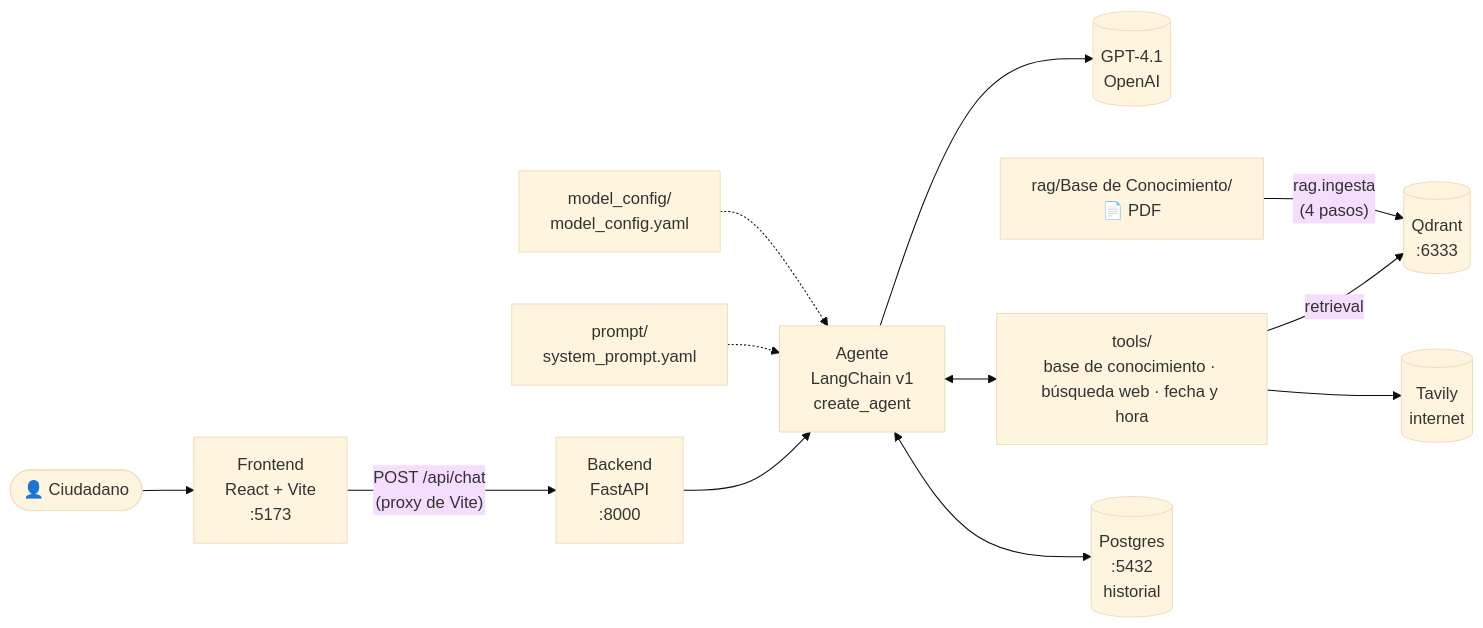
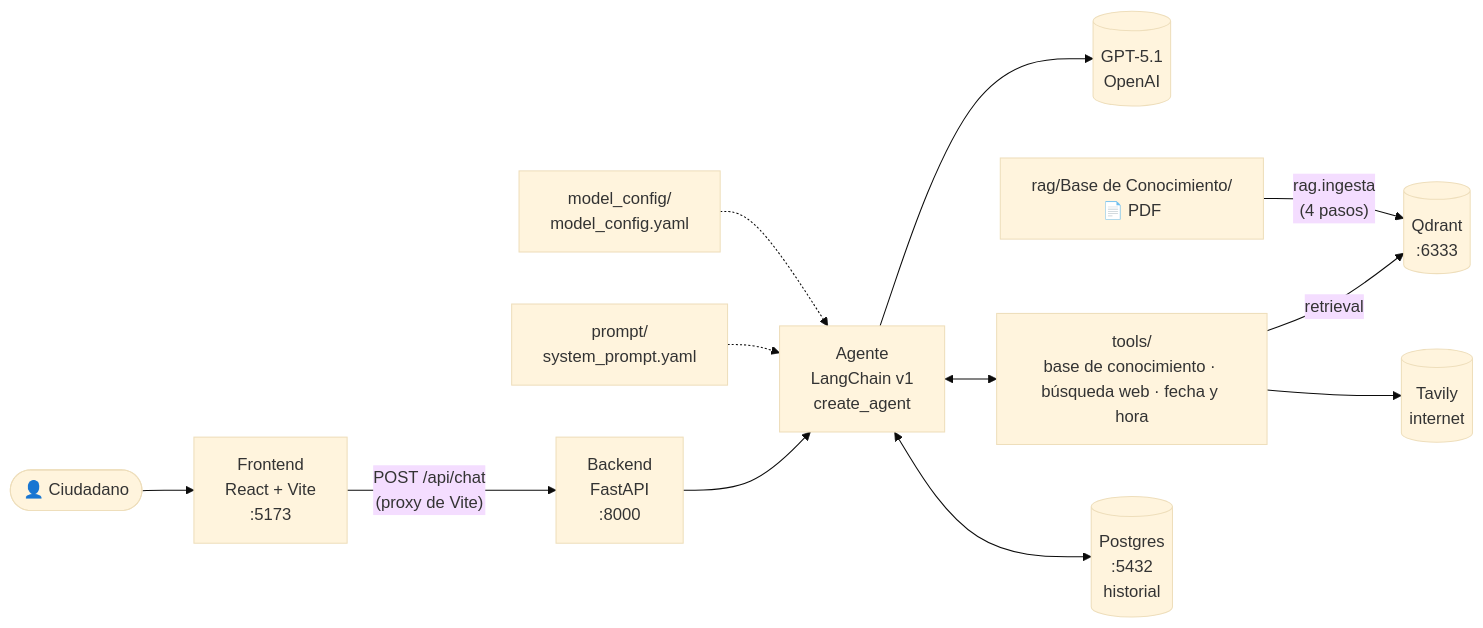
The diagram in README.md (KevinInoCol/DP-Workshop---Vibe-Coding-desde-Cero---Construye-tu-Primera-App-IA), drawn with Mermaid (base theme) before and after one commit. The commit also changed other lines of this file and 1 other file, not shown here.

First line of the commit message:
Cambia el modelo del agente a GPT-5.1

````diff
--- a/README.md
+++ b/README.md
@@ -32,14 +32,14 @@
 ```mermaid
 flowchart LR
     U([👤 Ciudadano]) --> F["Frontend<br/>React + Vite<br/>:5173"]
     F -- "POST /api/chat<br/>(proxy de Vite)" --> B["Backend<br/>FastAPI<br/>:8000"]
     B --> A["Agente<br/>LangChain v1<br/>create_agent"]
-    A --> M[("GPT-4.1<br/>OpenAI")]
+    A --> M[("GPT-5.1<br/>OpenAI")]
     P["prompt/<br/>system_prompt.yaml"] -.-> A
     C["model_config/<br/>model_config.yaml"] -.-> A
     A <--> T["tools/<br/>base de conocimiento · búsqueda web · fecha y hora"]
     T -- "retrieval" --> Q[("Qdrant<br/>:6333")]
     T --> W[("Tavily<br/>internet")]
     PDF["rag/Base de Conocimiento/<br/>📄 PDF"] -- "rag.ingesta<br/>(4 pasos)" --> Q
     A <--> PG[("Postgres<br/>:5432<br/>historial")]
 ```
````
